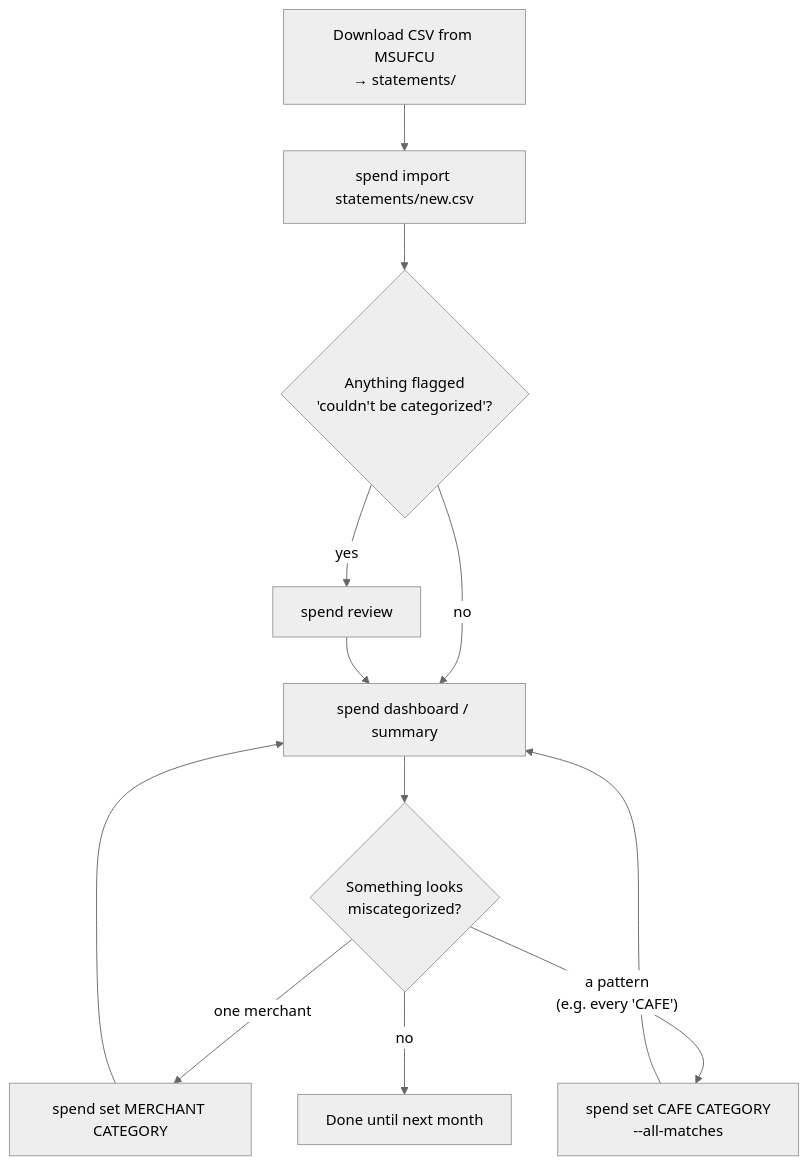
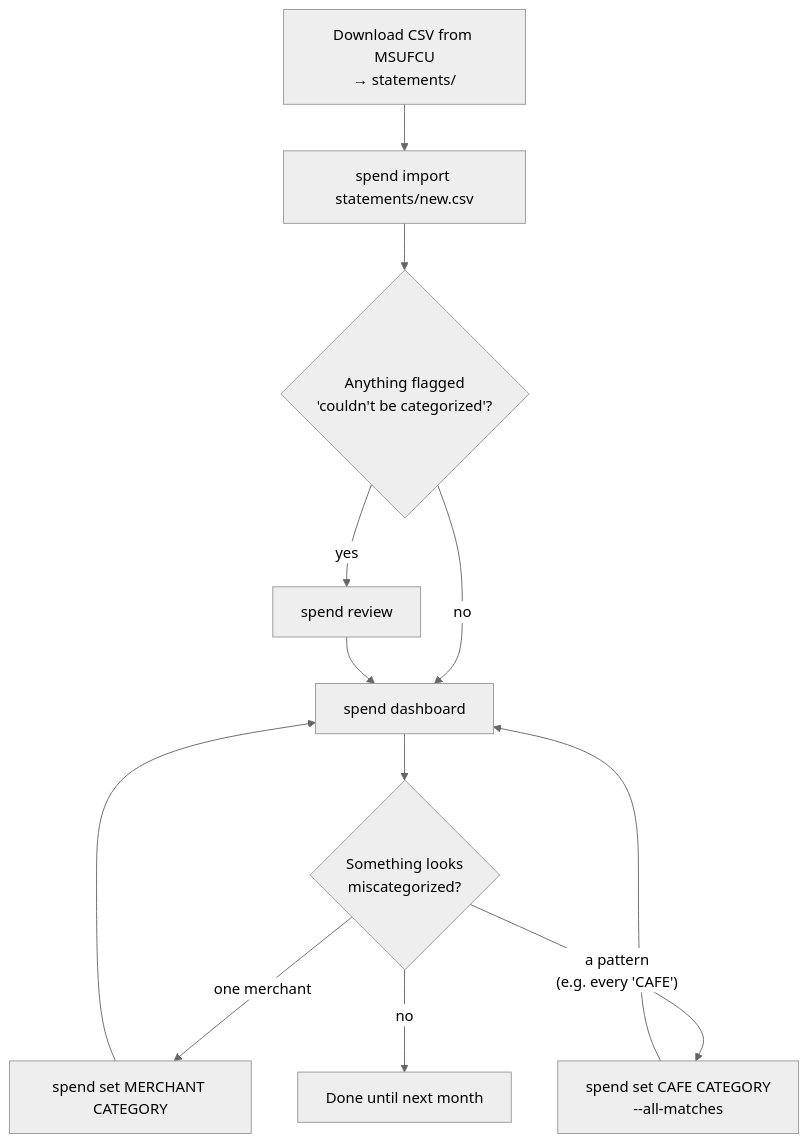
Before and after one commit to alessandrofelici/spending-tracker: the diagram in README.md, drawn with Mermaid (neutral theme). The commit also changed other lines of this file and 5 other files, not shown here.

````diff
--- a/README.md
+++ b/README.md
@@ -255,14 +234,14 @@
 ```mermaid
 flowchart TD
     A["Download CSV from MSUFCU<br/>→ statements/"] --> B["spend import statements/new.csv"]
     B --> C{"Anything flagged<br/>'couldn't be categorized'?"}
     C -- yes --> D["spend review"]
-    C -- no --> E["spend dashboard / summary"]
+    C -- no --> E["spend dashboard"]
     D --> E
     E --> F{"Something looks<br/>miscategorized?"}
     F -- "one merchant" --> G["spend set MERCHANT CATEGORY"]
     F -- "a pattern<br/>(e.g. every 'CAFE')" --> H["spend set CAFE CATEGORY<br/>--all-matches"]
     F -- no --> I["Done until next month"]
     G --> E
     H --> E
 ```
````
